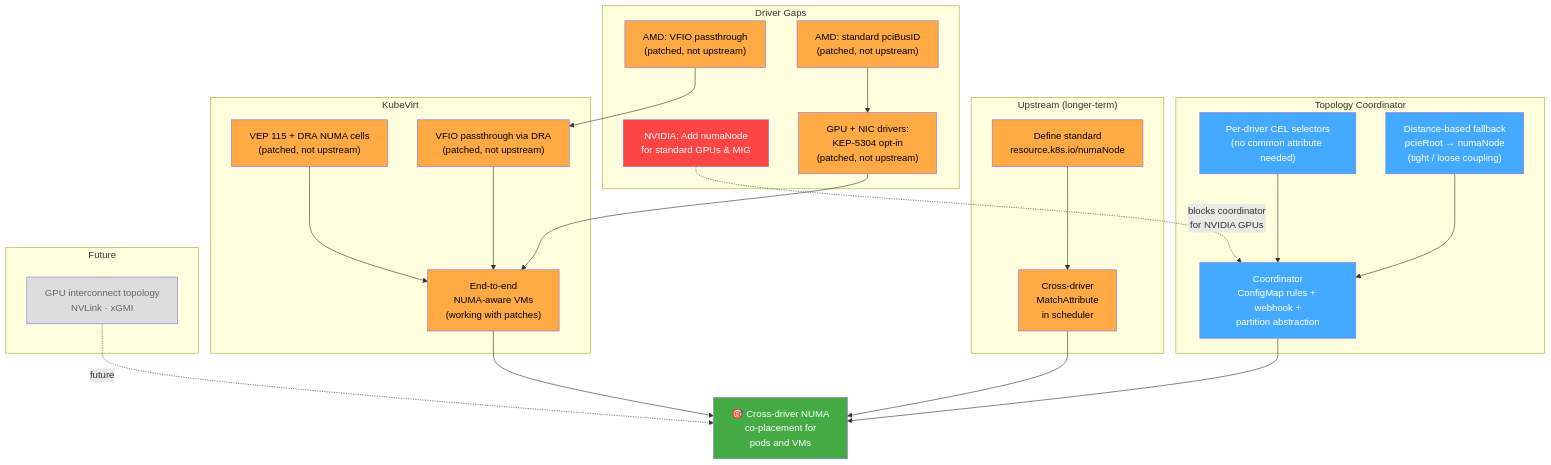
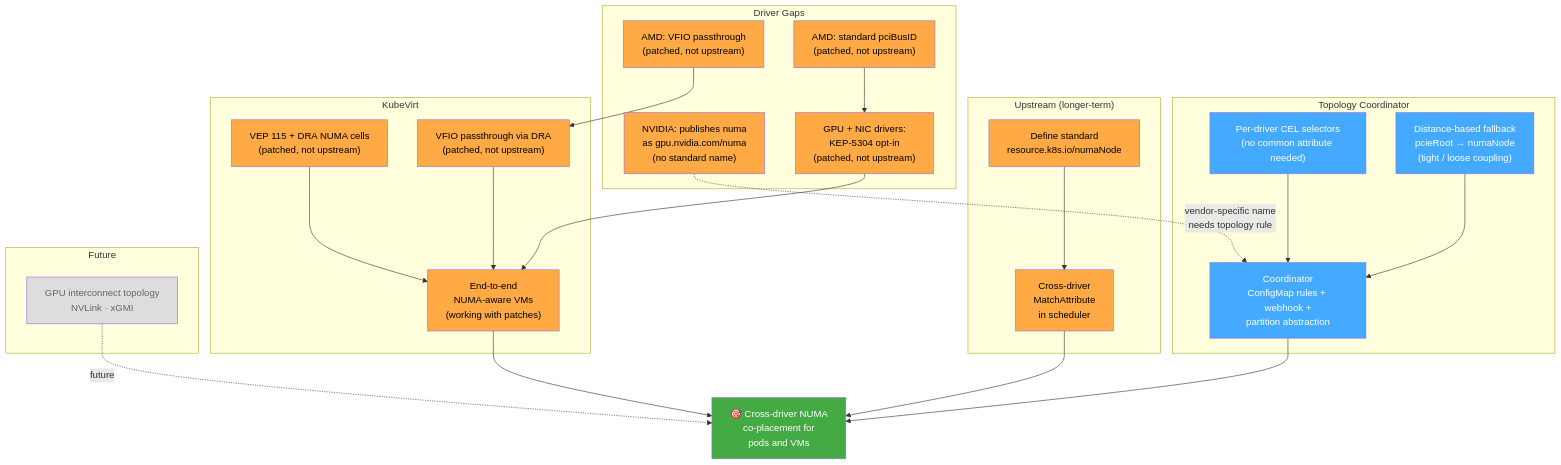
One commit to johnahull/dra-topology-aware-co-placement changed the diagram in README.md. Above: the diagram before and after it, drawn with Mermaid. The commit also changed other lines of this file, not shown here.

Commit message:
Update NVIDIA NUMA status: published as gpu.nvidia.com/numa
NVIDIA DRA driver publishes NUMA as vendor-specific gpu.nvidia.com/numa
(integer, from sysfs). Not a standard name, but the coordinator handles
it via ConfigMap topology rules — same as AMD's gpu.amd.com/numaNode.

````diff
--- a/README.md
+++ b/README.md
@@ -115,64 +115,64 @@
 ```mermaid
 graph TD
     GOAL["🎯 Cross-driver NUMA<br/>co-placement for<br/>pods and VMs"]
 
     subgraph "Topology Coordinator"
         COORD["Coordinator<br/>ConfigMap rules + webhook +<br/>partition abstraction"]
         PERDRIVER["Per-driver CEL selectors<br/>(no common attribute needed)"]
         FALLBACK["Distance-based fallback<br/>pcieRoot → numaNode<br/>(tight / loose coupling)"]
     end
 
     subgraph "Upstream (longer-term)"
         STD_NUMA["Define standard<br/>resource.k8s.io/numaNode"]
         CROSS_MATCH["Cross-driver<br/>MatchAttribute<br/>in scheduler"]
     end
 
     subgraph "Driver Gaps"
-        NVIDIA_NUMA["NVIDIA: Add numaNode<br/>for standard GPUs & MIG"]
+        NVIDIA_NUMA["NVIDIA: publishes numa<br/>as gpu.nvidia.com/numa<br/>(no standard name)"]
         AMD_VFIO["AMD: VFIO passthrough<br/>(patched, not upstream)"]
         AMD_PCIBUSID["AMD: standard pciBusID<br/>(patched, not upstream)"]
         KEP5304["GPU + NIC drivers:<br/>KEP-5304 opt-in<br/>(patched, not upstream)"]
     end
 
     subgraph "KubeVirt"
         VEP115["VEP 115 + DRA NUMA cells<br/>(patched, not upstream)"]
         KV_VFIO["VFIO passthrough via DRA<br/>(patched, not upstream)"]
         KV_FULL["End-to-end<br/>NUMA-aware VMs<br/>(working with patches)"]
     end
 
     COORD --> GOAL
     PERDRIVER --> COORD
     FALLBACK --> COORD
     STD_NUMA --> CROSS_MATCH
     CROSS_MATCH --> GOAL
 
-    NVIDIA_NUMA -.->|"blocks coordinator<br/>for NVIDIA GPUs"| COORD
+    NVIDIA_NUMA -.->|"vendor-specific name<br/>needs topology rule"| COORD
     AMD_PCIBUSID --> KEP5304
     AMD_VFIO --> KV_VFIO
     KEP5304 --> KV_FULL
 
     VEP115 --> KV_FULL
     KV_VFIO --> KV_FULL
     KV_FULL --> GOAL
 
     subgraph "Future"
         GPU_TOPO["GPU interconnect topology<br/>NVLink · xGMI"]
     end
 
     GPU_TOPO -.->|"future"| GOAL
 
     style GOAL fill:#4a4,color:#fff
     style COORD fill:#4af,color:#fff
     style PERDRIVER fill:#4af,color:#fff
     style FALLBACK fill:#4af,color:#fff
-    style NVIDIA_NUMA fill:#f44,color:#fff
+    style NVIDIA_NUMA fill:#fa4,color:#000
     style AMD_VFIO fill:#fa4,color:#000
     style AMD_PCIBUSID fill:#fa4,color:#000
     style KEP5304 fill:#fa4,color:#000
     style STD_NUMA fill:#fa4,color:#000
     style CROSS_MATCH fill:#fa4,color:#000
     style VEP115 fill:#fa4,color:#000
     style KV_VFIO fill:#fa4,color:#000
     style KV_FULL fill:#fa4,color:#000
     style GPU_TOPO fill:#ddd,color:#666
 ```
````
